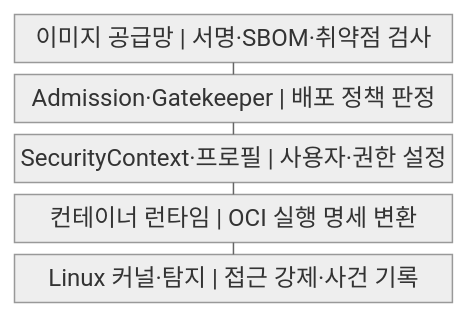
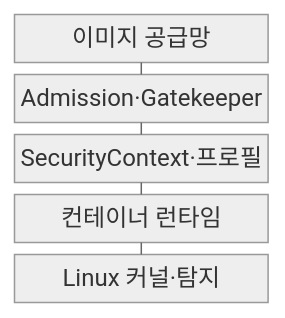
Before and after one commit to agnusdei1207/knowledge-base: the first of 2 diagrams in src/content/docs/notes/03-software/158_container_security.md, drawn with Mermaid (neutral theme). The commit also changed other lines of this file and 238 other files, not shown here.

````diff
--- a/src/content/docs/notes/03-software/158_container_security.md
+++ b/src/content/docs/notes/03-software/158_container_security.md
@@ -56,13 +56,13 @@
 ```mermaid
-block
+block-beta
     columns 1
-    A["이미지 공급망 | 서명·SBOM·취약점 검사"]
-    B["Admission·Gatekeeper | 배포 정책 판정"]
-    C["SecurityContext·프로필 | 사용자·권한 설정"]
-    D["컨테이너 런타임 | OCI 실행 명세 변환"]
-    E["Linux 커널·탐지 | 접근 강제·사건 기록"]
+    A["이미지 공급망"]
+    B["Admission·Gatekeeper"]
+    C["SecurityContext·프로필"]
+    D["컨테이너 런타임"]
+    E["Linux 커널·탐지"]
     A --- B
     B --- C
     C --- D
     D --- E
 ```
````
